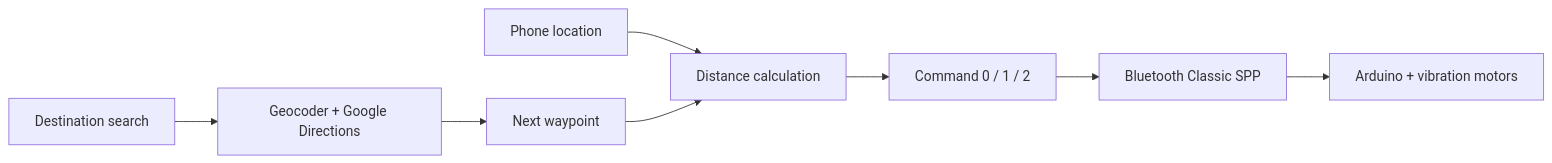
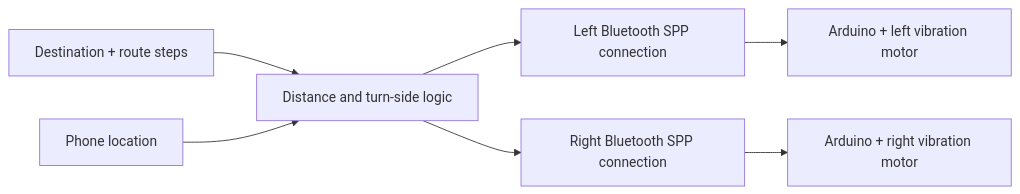
One commit to chain567/chain567 changed the diagram in projects/haptic-navigation.md. Above: the diagram before and after it, drawn with Mermaid. The commit also changed other lines of this file and 4 other files, not shown here.

````diff
--- a/projects/haptic-navigation.md
+++ b/projects/haptic-navigation.md
@@ -41,10 +43,9 @@
 ```mermaid
 flowchart LR
-    A[Destination search] --> B[Geocoder + Google Directions]
-    B --> C[Next waypoint]
-    D[Phone location] --> E[Distance calculation]
-    C --> E
-    E --> F[Command 0 / 1 / 2]
-    F --> G[Bluetooth Classic SPP]
-    G --> H[Arduino + vibration motors]
+    A[Destination + route steps] --> B[Distance and turn-side logic]
+    C[Phone location] --> B
+    B --> D[Left Bluetooth SPP connection]
+    B --> E[Right Bluetooth SPP connection]
+    D --> F[Arduino + left vibration motor]
+    E --> G[Arduino + right vibration motor]
 ```
````
